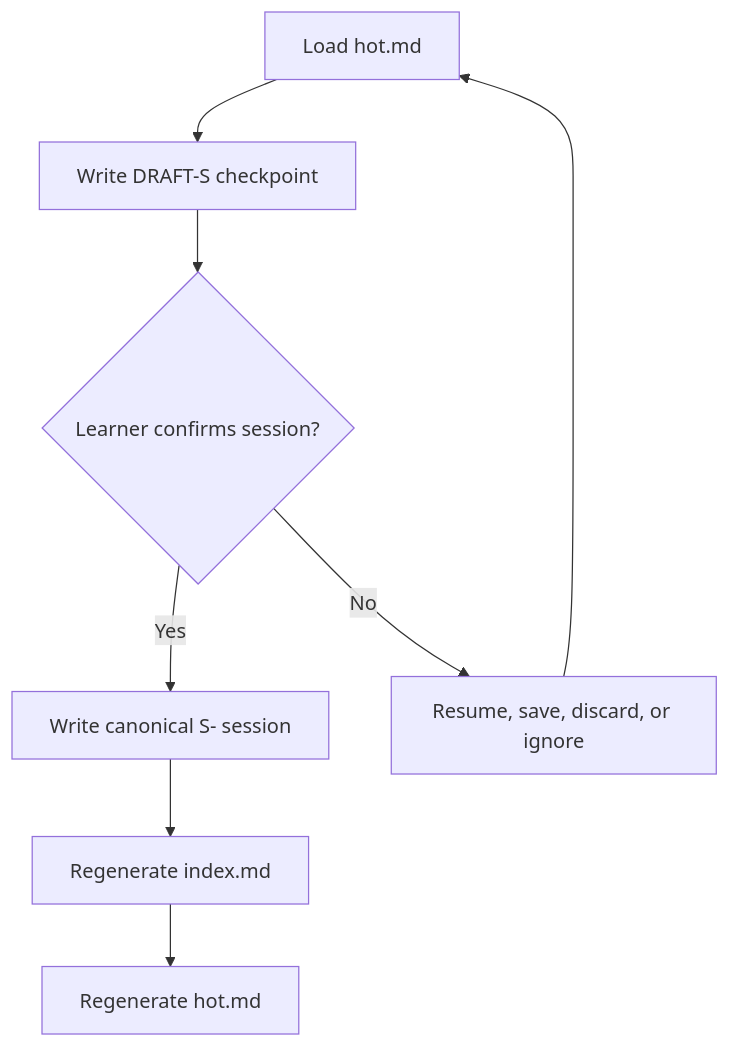
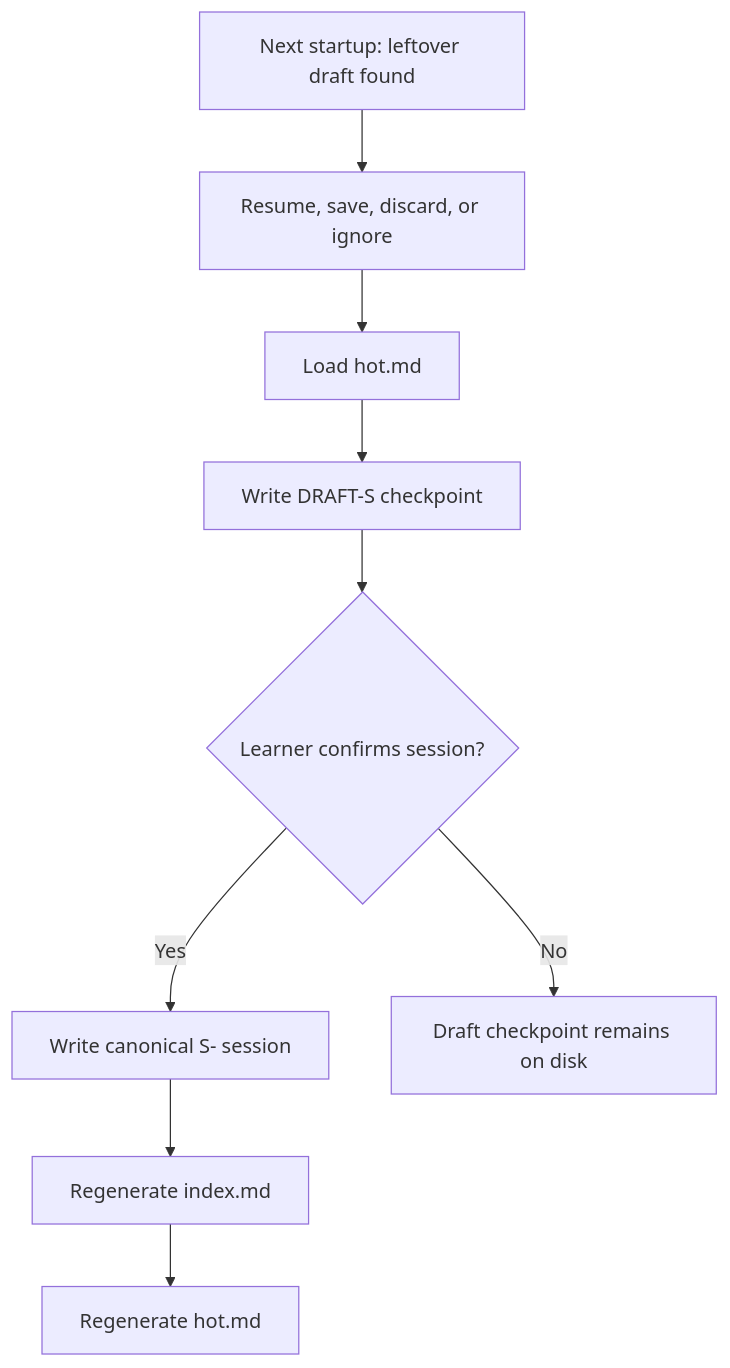
One commit to Kuldeep2822k/palee-architecture changed the eighth of 11 diagrams in Architecture Decision Records/Planning and Design Documents.md. Above: the diagram before and after it, drawn with Mermaid. The commit also changed other lines of this file and 8 other files, not shown here.

Commit message:
docs(adr): fix lifecycle statuses, stale-temp order and planning diagrams

````diff
--- a/Architecture Decision Records/Planning and Design Documents.md
+++ b/Architecture Decision Records/Planning and Design Documents.md
@@ -407,10 +409,11 @@
 ```mermaid
 flowchart TD
     Hot["Load hot.md"] --> Draft["Write DRAFT-S checkpoint"]
     Draft --> Confirm{"Learner confirms session?"}
     Confirm -->|Yes| Canonical["Write canonical S- session"]
-    Confirm -->|No| Recover["Resume, save, discard, or ignore"]
+    Confirm -->|No| DraftRemains["Draft checkpoint remains on disk"]
     Canonical --> Index["Regenerate index.md"]
     Index --> HotView["Regenerate hot.md"]
+    Startup["Next startup: leftover draft found"] --> Recover["Resume, save, discard, or ignore"]
     Recover --> Hot
 ```
````
